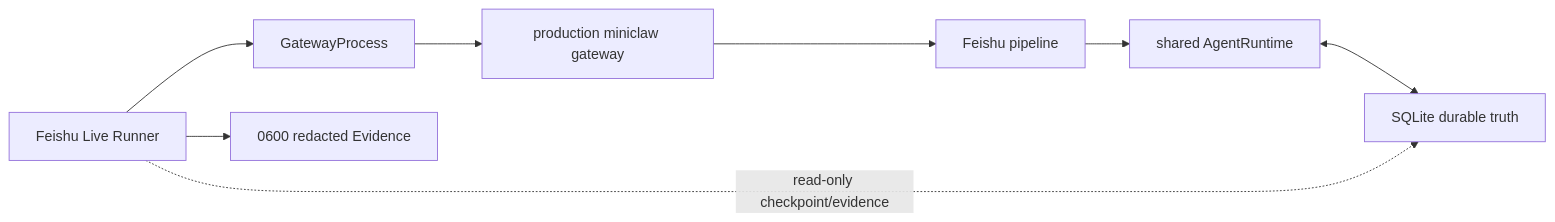
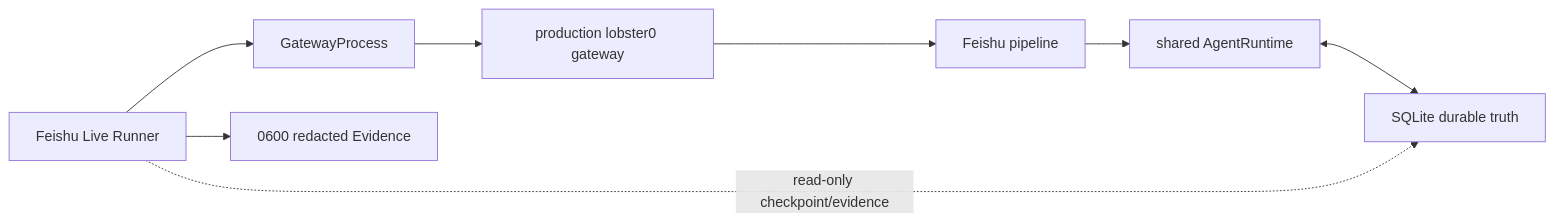
One commit to NEDONION/lobster0 changed diagram 14 of 14 in docs/architecture/20260807_系统架构.md. Above: the diagram before and after it, drawn with Mermaid. The commit also changed other lines of this file and 221 other files, not shown here.

````diff
--- a/docs/architecture/20260807_系统架构.md
+++ b/docs/architecture/20260807_系统架构.md
@@ -609,10 +609,10 @@
 ```mermaid
 flowchart LR
     LR["Feishu Live Runner"] --> GP["GatewayProcess"]
-    GP --> PG["production miniclaw gateway"]
+    GP --> PG["production lobster0 gateway"]
     PG --> FP["Feishu pipeline"]
     FP --> AR["shared AgentRuntime"]
     AR <--> DB["SQLite durable truth"]
     LR -. "read-only checkpoint/evidence" .-> DB
     LR --> ER["0600 redacted Evidence"]
 ```
````
